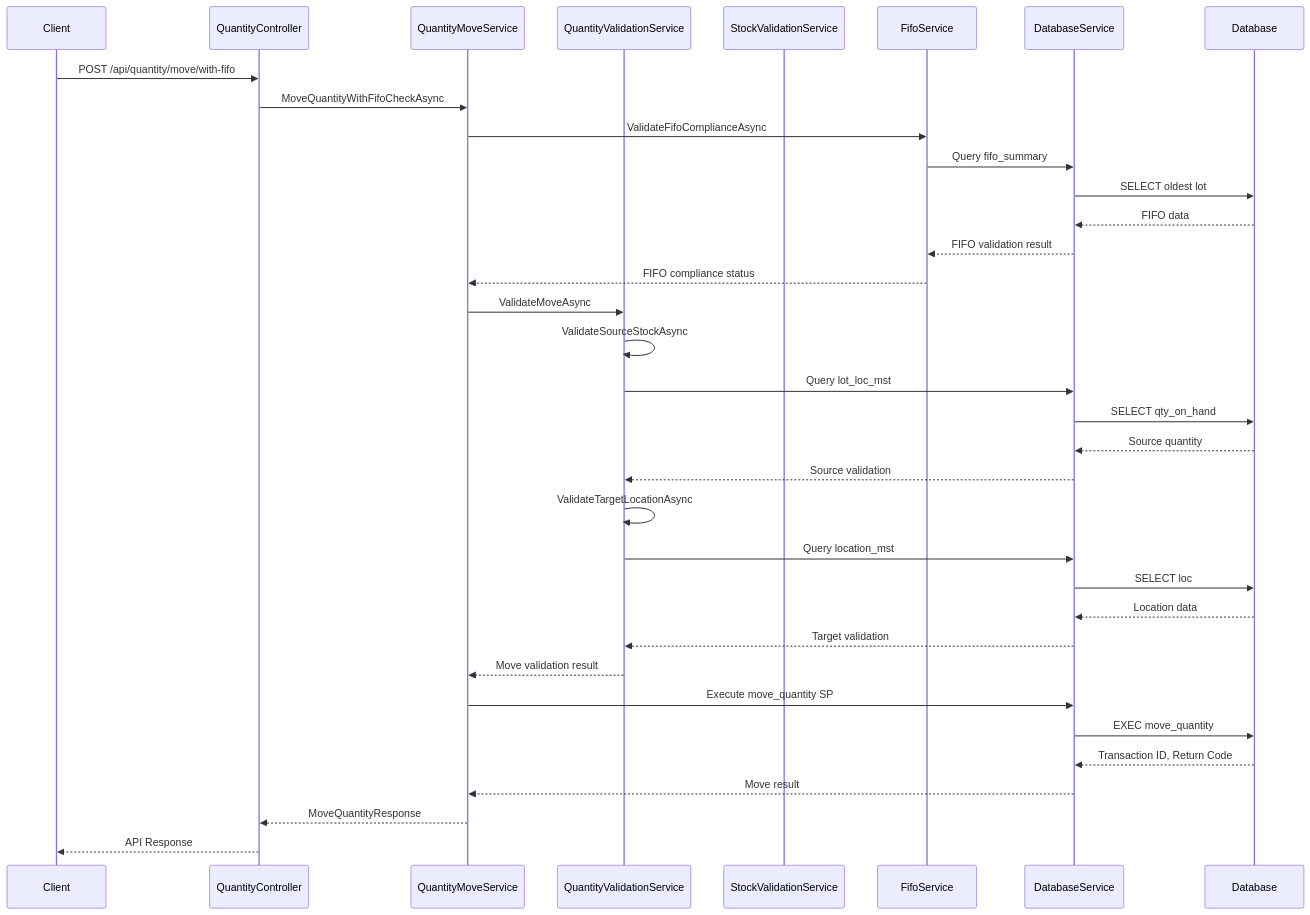
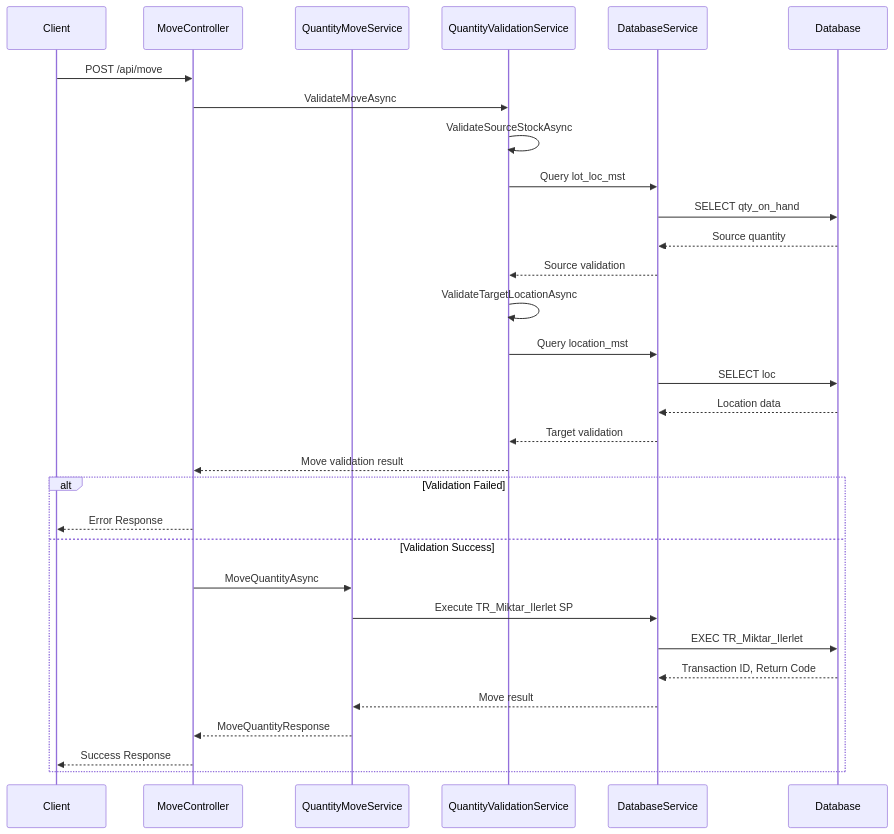
Before and after one commit to utkuarslan5/quantity_move: the third of 4 diagrams in API_DOCUMENTATION.md, drawn with Mermaid. The commit also changed other lines of this file and 40 other files, not shown here.

First line of the commit message:
feat(api): Update API documentation and integrate legacy database compatibility

````diff
--- a/API_DOCUMENTATION.md
+++ b/API_DOCUMENTATION.md
@@ -275,44 +239,38 @@
 ```mermaid
 sequenceDiagram
     participant Client
-    participant QuantityController
+    participant MoveController
     participant QuantityMoveService
     participant QuantityValidationService
-    participant StockValidationService
-    participant FifoService
     participant DatabaseService
     participant Database
 
-    Client->>QuantityController: POST /api/quantity/move/with-fifo
-    QuantityController->>QuantityMoveService: MoveQuantityWithFifoCheckAsync
+    Client->>MoveController: POST /api/move
+    MoveController->>QuantityValidationService: ValidateMoveAsync
     
-    QuantityMoveService->>FifoService: ValidateFifoComplianceAsync
-    FifoService->>DatabaseService: Query fifo_summary
-    DatabaseService->>Database: SELECT oldest lot
-    Database-->>DatabaseService: FIFO data
-    DatabaseService-->>FifoService: FIFO validation result
-    FifoService-->>QuantityMoveService: FIFO compliance status
-    
-    QuantityMoveService->>QuantityValidationService: ValidateMoveAsync
     QuantityValidationService->>QuantityValidationService: ValidateSourceStockAsync
     QuantityValidationService->>DatabaseService: Query lot_loc_mst
     DatabaseService->>Database: SELECT qty_on_hand
     Database-->>DatabaseService: Source quantity
     DatabaseService-->>QuantityValidationService: Source validation
     
     QuantityValidationService->>QuantityValidationService: ValidateTargetLocationAsync
     QuantityValidationService->>DatabaseService: Query location_mst
     DatabaseService->>Database: SELECT loc
     Database-->>DatabaseService: Location data
     DatabaseService-->>QuantityValidationService: Target validation
     
-    QuantityValidationService-->>QuantityMoveService: Move validation result
+    QuantityValidationService-->>MoveController: Move validation result
     
-    QuantityMoveService->>DatabaseService: Execute move_quantity SP
-    DatabaseService->>Database: EXEC move_quantity
-    Database-->>DatabaseService: Transaction ID, Return Code
-    DatabaseService-->>QuantityMoveService: Move result
-    
-    QuantityMoveService-->>QuantityController: MoveQuantityResponse
-    QuantityController-->>Client: API Response
+    alt Validation Failed
+        MoveController-->>Client: Error Response
+    else Validation Success
+        MoveController->>QuantityMoveService: MoveQuantityAsync
+        QuantityMoveService->>DatabaseService: Execute TR_Miktar_Ilerlet SP
+        DatabaseService->>Database: EXEC TR_Miktar_Ilerlet
+        Database-->>DatabaseService: Transaction ID, Return Code
+        DatabaseService-->>QuantityMoveService: Move result
+        QuantityMoveService-->>MoveController: MoveQuantityResponse
+        MoveController-->>Client: Success Response
+    end
 ```
````
